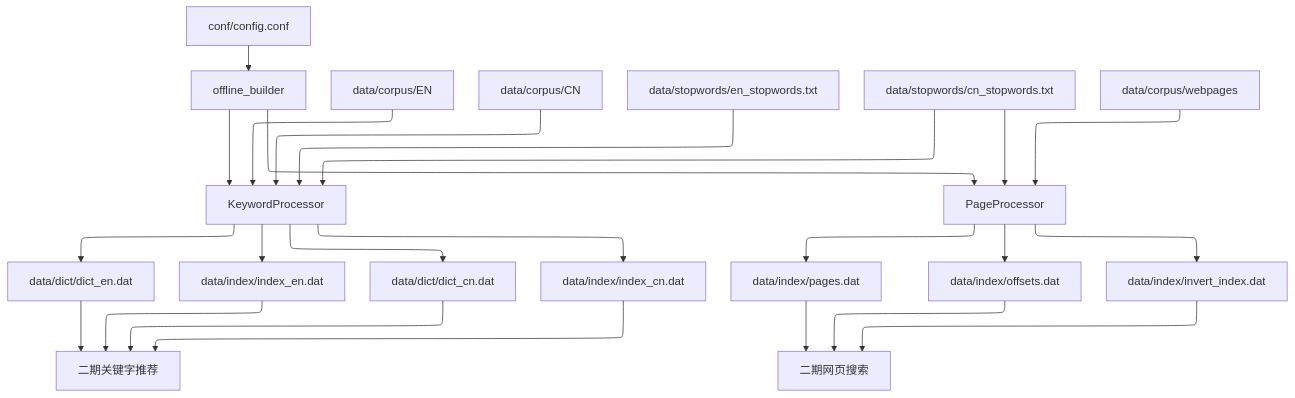
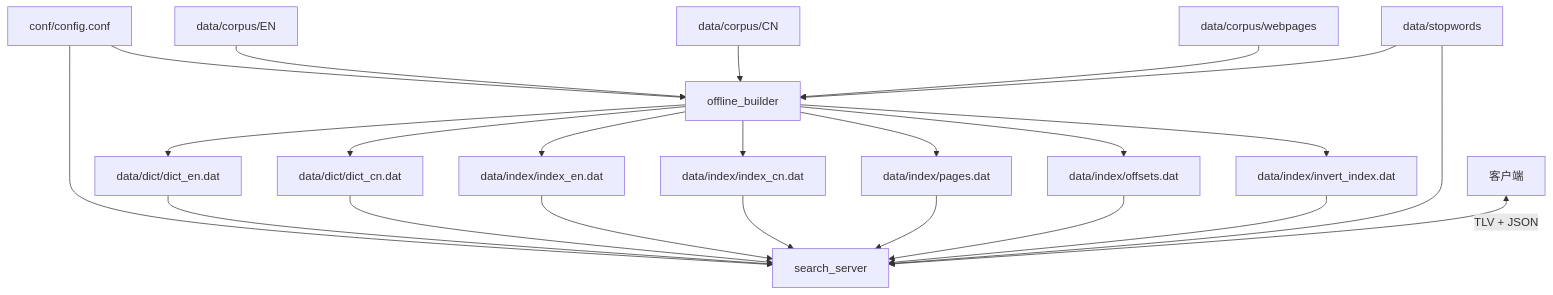
The first of 10 diagrams in 课件/07_搜索引擎项目/02_SearchEngine_V2/README.md (dijk4tra/Cpp_Advanced), drawn with Mermaid before and after one commit. The commit also changed other lines of this file and 16 other files, not shown here.

````diff
--- a/课件/07_搜索引擎项目/02_SearchEngine_V2/README.md
+++ b/课件/07_搜索引擎项目/02_SearchEngine_V2/README.md
@@ -24,34 +28,29 @@
 ```mermaid
----
-config:
-  layout: elk
----
 flowchart TD
-    CFG[conf/config.conf] --> Main[offline_builder]
-    Main --> KW[KeywordProcessor]
-    Main --> PP[PageProcessor]
+    CFG[conf/config.conf] --> OFF[offline_builder]
+    CFG --> ON[search_server]
 
-    ENC[data/corpus/EN] --> KW
-    CNC[data/corpus/CN] --> KW
-    ESW[data/stopwords/en_stopwords.txt] --> KW
-    CSW[data/stopwords/cn_stopwords.txt] --> KW
+    ENC[data/corpus/EN] --> OFF
+    CNC[data/corpus/CN] --> OFF
+    WEB[data/corpus/webpages] --> OFF
+    SW[data/stopwords] --> OFF
 
-    KW --> ED[data/dict/dict_en.dat]
-    KW --> EI[data/index/index_en.dat]
-    KW --> CD[data/dict/dict_cn.dat]
-    KW --> CI[data/index/index_cn.dat]
+    OFF --> ED[data/dict/dict_en.dat]
+    OFF --> CD[data/dict/dict_cn.dat]
+    OFF --> EI[data/index/index_en.dat]
+    OFF --> CI[data/index/index_cn.dat]
+    OFF --> P[data/index/pages.dat]
+    OFF --> O[data/index/offsets.dat]
+    OFF --> INV[data/index/invert_index.dat]
 
-    WEB[data/corpus/webpages] --> PP
-    CSW --> PP
-    PP --> PAGES[data/index/pages.dat]
-    PP --> OFF[data/index/offsets.dat]
-    PP --> INV[data/index/invert_index.dat]
+    ED --> ON
+    CD --> ON
+    EI --> ON
+    CI --> ON
+    P --> ON
+    O --> ON
+    INV --> ON
+    SW --> ON
 
-    ED --> Online1[二期关键字推荐]
-    EI --> Online1
-    CD --> Online1
-    CI --> Online1
-    PAGES --> Online2[二期网页搜索]
-    OFF --> Online2
-    INV --> Online2
+    Client[客户端] <-->|TLV + JSON| ON
 ```
````
